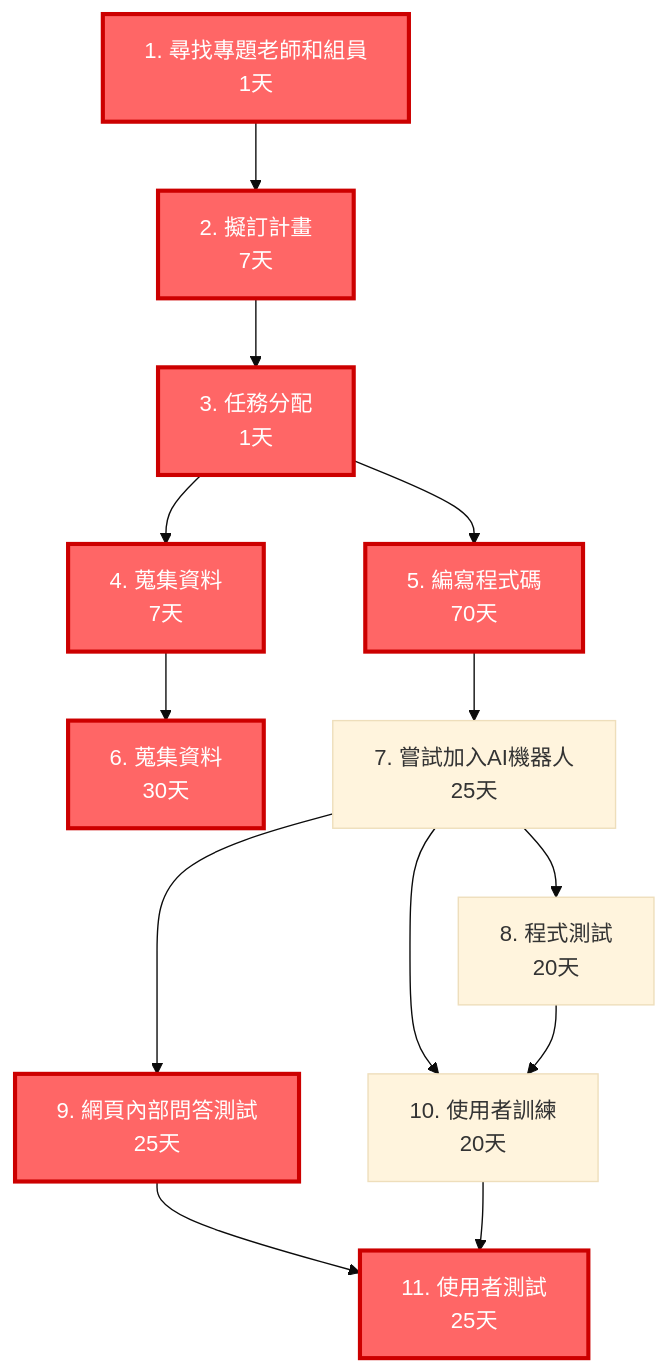
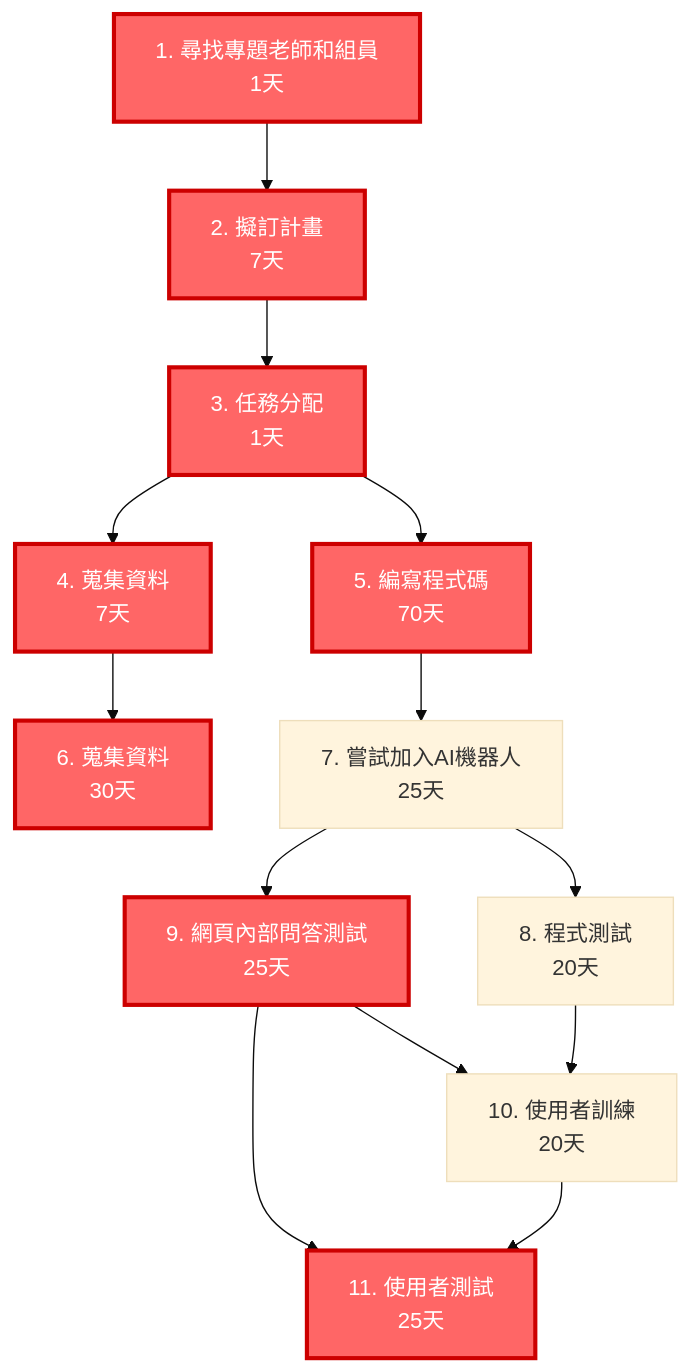
The first of 3 diagrams in hw2.md (c112118202-droid/-), drawn with Mermaid (base theme) before and after one commit.

````diff
--- a/hw2.md
+++ b/hw2.md
@@ -8,19 +8,19 @@
 ```mermaid
 graph TD
     A[1. 尋找專題老師和組員<br/>1天] --> B[2. 擬訂計畫<br/>7天]
     B --> C[3. 任務分配<br/>1天]
     C --> D[4. 蒐集資料<br/>7天]
     C --> E[5. 編寫程式碼<br/>70天]
     D --> F[6. 蒐集資料<br/>30天]
     E --> G[7. 嘗試加入AI機器人<br/>25天]
     G --> H[8. 程式測試<br/>20天]
     G --> I[9. 網頁內部問答測試<br/>25天]
-    G --> J[10. 使用者訓練<br/>20天]
+    I --> J[10. 使用者訓練<br/>20天]
     H --> J
     I --> K[11. 使用者測試<br/>25天]
     J --> K
     
     class A,B,C,D,E,F,I,K critical
     classDef critical fill:#ff6666,stroke:#cc0000,stroke-width:3px,color:#ffffff;
     classDef normal fill:#f0f0f0,stroke:#333,stroke-width:2px,color:#000000;
 ```
````
